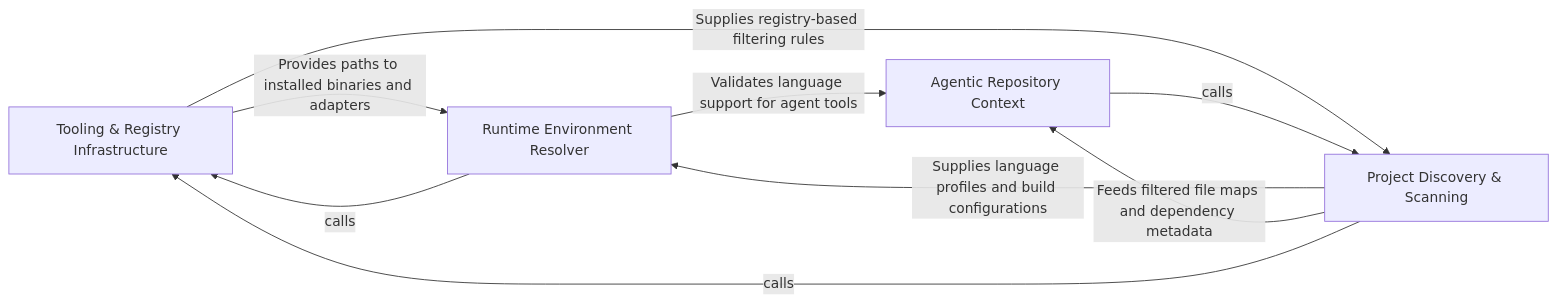
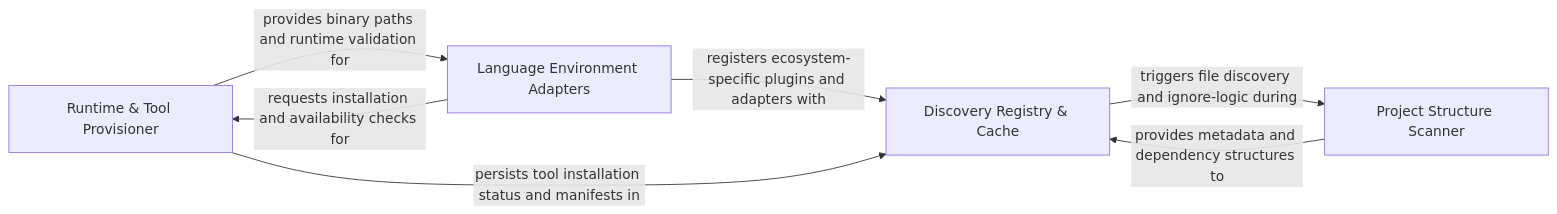
Before and after one commit to CodeBoarding/CodeBoarding: the diagram in .codeboarding/Environment_Project_Discovery.md, drawn with Mermaid. The commit also changed other lines of this file and 43 other files, not shown here.

Commit message:
chore(codeboarding): sync architecture baseline

````diff
--- a/.codeboarding/Environment_Project_Discovery.md
+++ b/.codeboarding/Environment_Project_Discovery.md
@@ -1,19 +1,17 @@
 ```mermaid
 graph LR
-    Tooling_Registry_Infrastructure["Tooling & Registry Infrastructure"]
-    Project_Discovery_Scanning["Project Discovery & Scanning"]
-    Runtime_Environment_Resolver["Runtime Environment Resolver"]
-    Agentic_Repository_Context["Agentic Repository Context"]
-    Tooling_Registry_Infrastructure -- "Provides paths to installed binaries and adapters" --> Runtime_Environment_Resolver
-    Project_Discovery_Scanning -- "Supplies language profiles and build configurations" --> Runtime_Environment_Resolver
-    Project_Discovery_Scanning -- "Feeds filtered file maps and dependency metadata" --> Agentic_Repository_Context
-    Tooling_Registry_Infrastructure -- "Supplies registry-based filtering rules" --> Project_Discovery_Scanning
-    Runtime_Environment_Resolver -- "Validates language support for agent tools" --> Agentic_Repository_Context
-    Project_Discovery_Scanning -- "calls" --> Tooling_Registry_Infrastructure
-    Runtime_Environment_Resolver -- "calls" --> Tooling_Registry_Infrastructure
-    Agentic_Repository_Context -- "calls" --> Project_Discovery_Scanning
-    click Tooling_Registry_Infrastructure href "https://github.com/CodeBoarding/CodeBoarding/blob/main/.codeboarding/Tooling_Registry_Infrastructure.md" "Details"
-    click Project_Discovery_Scanning href "https://github.com/CodeBoarding/CodeBoarding/blob/main/.codeboarding/Project_Discovery_Scanning.md" "Details"
-    click Runtime_Environment_Resolver href "https://github.com/CodeBoarding/CodeBoarding/blob/main/.codeboarding/Runtime_Environment_Resolver.md" "Details"
-    click Agentic_Repository_Context href "https://github.com/CodeBoarding/CodeBoarding/blob/main/.codeboarding/Agentic_Repository_Context.md" "Details"
+    Runtime_Tool_Provisioner["Runtime & Tool Provisioner"]
+    Project_Structure_Scanner["Project Structure Scanner"]
+    Language_Environment_Adapters["Language Environment Adapters"]
+    Discovery_Registry_Cache["Discovery Registry & Cache"]
+    Runtime_Tool_Provisioner -- "provides binary paths and runtime validation for" --> Language_Environment_Adapters
+    Language_Environment_Adapters -- "requests installation and availability checks for" --> Runtime_Tool_Provisioner
+    Discovery_Registry_Cache -- "triggers file discovery and ignore-logic during" --> Project_Structure_Scanner
+    Project_Structure_Scanner -- "provides metadata and dependency structures to" --> Discovery_Registry_Cache
+    Language_Environment_Adapters -- "registers ecosystem-specific plugins and adapters with" --> Discovery_Registry_Cache
+    Runtime_Tool_Provisioner -- "persists tool installation status and manifests in" --> Discovery_Registry_Cache
+    click Runtime_Tool_Provisioner href "https://github.com/CodeBoarding/CodeBoarding/blob/main/.codeboarding/Runtime_Tool_Provisioner.md" "Details"
+    click Project_Structure_Scanner href "https://github.com/CodeBoarding/CodeBoarding/blob/main/.codeboarding/Project_Structure_Scanner.md" "Details"
+    click Language_Environment_Adapters href "https://github.com/CodeBoarding/CodeBoarding/blob/main/.codeboarding/Language_Environment_Adapters.md" "Details"
+    click Discovery_Registry_Cache href "https://github.com/CodeBoarding/CodeBoarding/blob/main/.codeboarding/Discovery_Registry_Cache.md" "Details"
 ```
````
